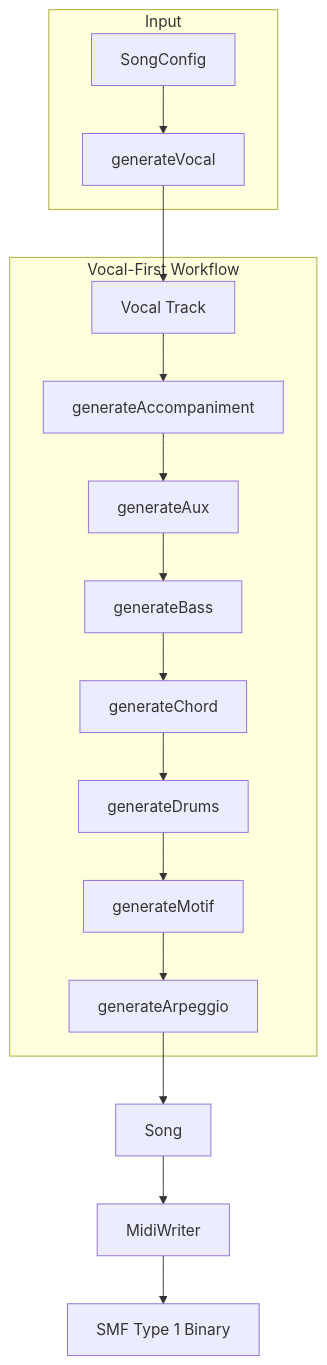
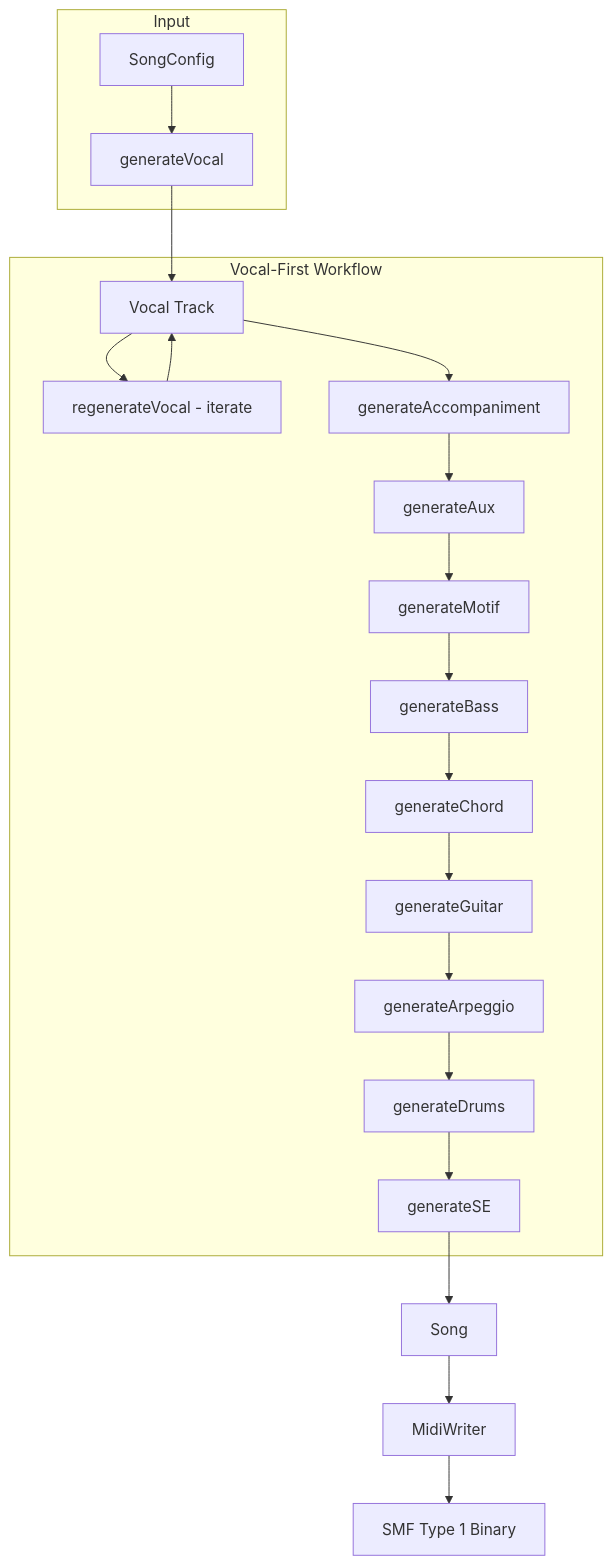
One commit to libraz/midi-sketch-homepage changed the second of 2 diagrams in src/docs/architecture.md. Above: the diagram before and after it, drawn with Mermaid. The commit also changed other lines of this file and 24 other files, not shown here.

````diff
--- a/src/docs/architecture.md
+++ b/src/docs/architecture.md
@@ -145,21 +161,25 @@
 ```mermaid
 flowchart TD
     subgraph Input
         C[SongConfig] --> GV
     end
 
     subgraph VocalFirst ["Vocal-First Workflow"]
         GV[generateVocal] --> V[Vocal Track]
+        V --> RV[regenerateVocal - iterate]
+        RV --> V
         V --> GA[generateAccompaniment]
         GA --> S1[generateAux]
-        S1 --> S2[generateBass]
-        S2 --> S3[generateChord]
-        S3 --> S4[generateDrums]
-        S4 --> S5[generateMotif]
+        S1 --> S2[generateMotif]
+        S2 --> S3[generateBass]
+        S3 --> S4[generateChord]
+        S4 --> S5[generateGuitar]
         S5 --> S6[generateArpeggio]
+        S6 --> S7[generateDrums]
+        S7 --> S8[generateSE]
     end
 
-    S6 --> Song
+    S8 --> Song
     Song --> MW[MidiWriter]
     MW --> MIDI["SMF Type 1 Binary"]
 ```
````
